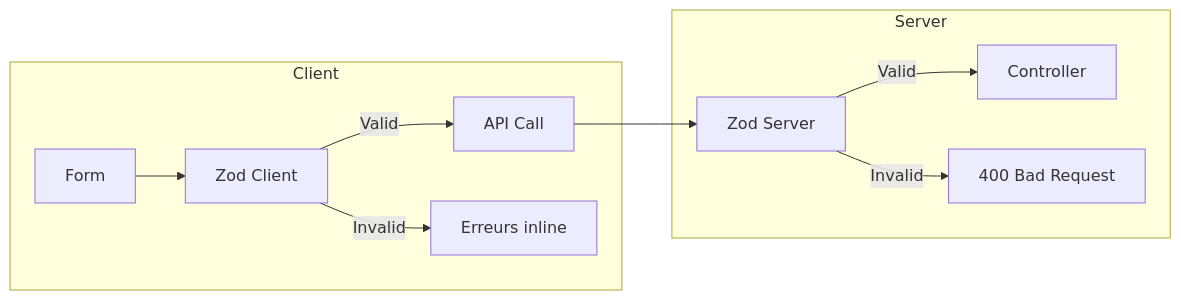
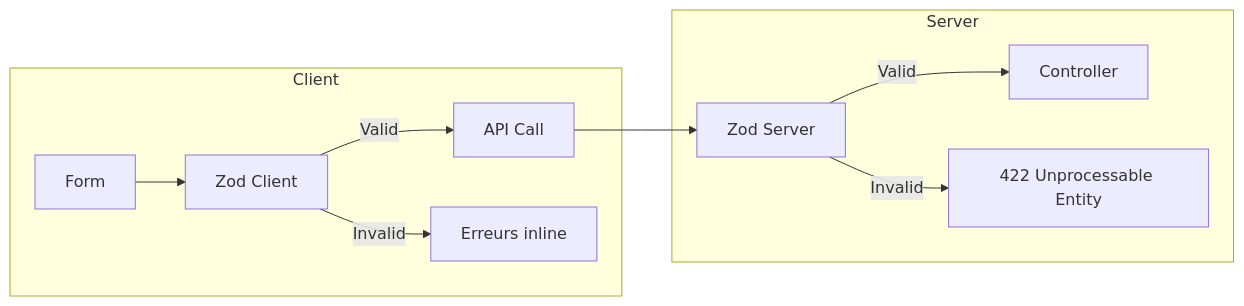
One commit to Sojeremy/documentation-skillswap changed the diagram in docs/documentation-implementation/arc42/08-crosscutting/validation.md. Above: the diagram before and after it, drawn with Mermaid. The commit also changed 15 other files, not shown here.

````diff
--- a/docs/documentation-implementation/arc42/08-crosscutting/validation.md
+++ b/docs/documentation-implementation/arc42/08-crosscutting/validation.md
@@ -5,14 +5,14 @@
 ```mermaid
 flowchart LR
     subgraph Client
         F["Form"] --> ZC["Zod Client"]
         ZC -->|"Valid"| API["API Call"]
         ZC -->|"Invalid"| E1["Erreurs inline"]
     end
 
     subgraph Server
         API --> ZS["Zod Server"]
         ZS -->|"Valid"| C["Controller"]
-        ZS -->|"Invalid"| E2["400 Bad Request"]
+        ZS -->|"Invalid"| E2["422 Unprocessable Entity"]
     end
 ```
````
